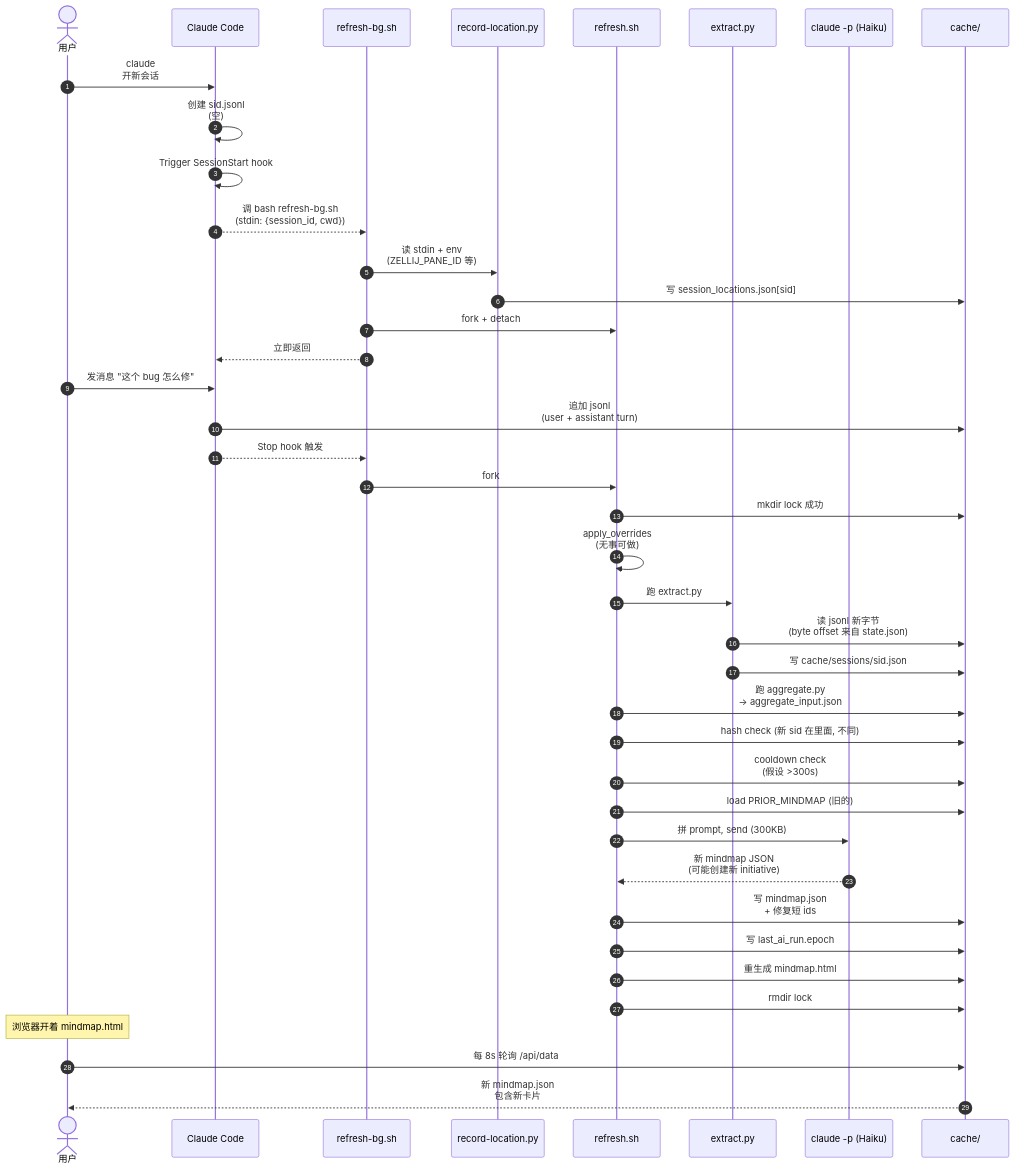
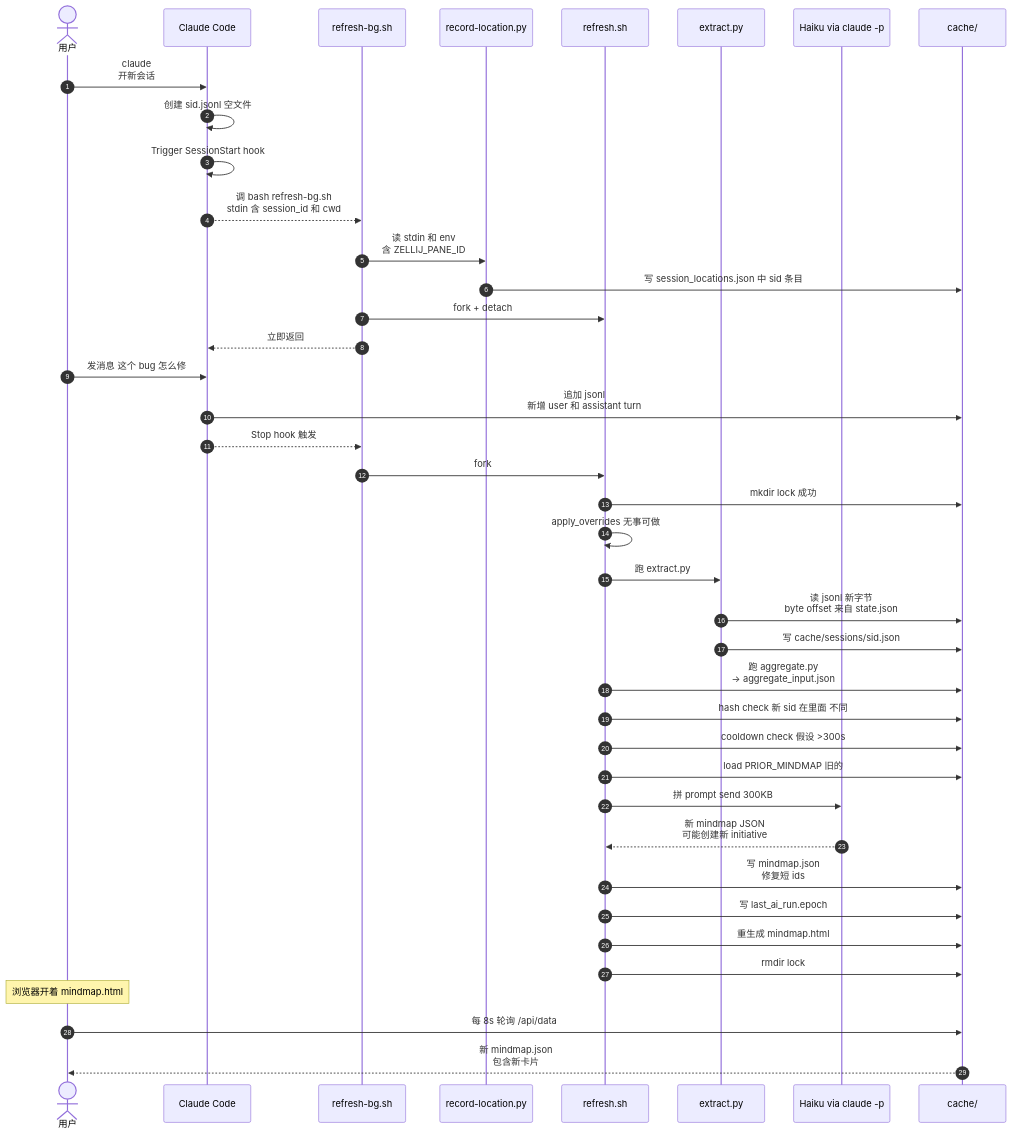
Before and after one commit to Icesource/claude-code-worktree: the sixth of 11 diagrams in docs/zh-CN/ARCHITECTURE.md, drawn with Mermaid. The commit also changed other lines of this file and 1 other file, not shown here.

First line of the commit message:
Fix Mermaid syntax errors in ARCHITECTURE diagrams

````diff
--- a/docs/zh-CN/ARCHITECTURE.md
+++ b/docs/zh-CN/ARCHITECTURE.md
@@ -510,45 +510,45 @@
 ```mermaid
 sequenceDiagram
     autonumber
     actor U as 用户
     participant CC as Claude Code
     participant H as refresh-bg.sh
     participant L as record-location.py
     participant R as refresh.sh
     participant E as extract.py
-    participant AI as claude -p (Haiku)
+    participant AI as Haiku via claude -p
     participant FS as cache/
 
     U->>CC: claude<br/>开新会话
-    CC->>CC: 创建 sid.jsonl<br/>(空)
+    CC->>CC: 创建 sid.jsonl 空文件
     CC->>CC: Trigger SessionStart hook
-    CC-->>H: 调 bash refresh-bg.sh<br/>(stdin: {session_id, cwd})
-    H->>L: 读 stdin + env<br/>(ZELLIJ_PANE_ID 等)
-    L->>FS: 写 session_locations.json[sid]
+    CC-->>H: 调 bash refresh-bg.sh<br/>stdin 含 session_id 和 cwd
+    H->>L: 读 stdin 和 env<br/>含 ZELLIJ_PANE_ID
+    L->>FS: 写 session_locations.json 中 sid 条目
     H->>R: fork + detach
     H-->>CC: 立即返回
 
-    U->>CC: 发消息 "这个 bug 怎么修"
-    CC->>FS: 追加 jsonl<br/>(user + assistant turn)
+    U->>CC: 发消息 这个 bug 怎么修
+    CC->>FS: 追加 jsonl<br/>新增 user 和 assistant turn
     CC-->>H: Stop hook 触发
     H->>R: fork
     R->>FS: mkdir lock 成功
-    R->>R: apply_overrides<br/>(无事可做)
+    R->>R: apply_overrides 无事可做
     R->>E: 跑 extract.py
-    E->>FS: 读 jsonl 新字节<br/>(byte offset 来自 state.json)
+    E->>FS: 读 jsonl 新字节<br/>byte offset 来自 state.json
     E->>FS: 写 cache/sessions/sid.json
     R->>FS: 跑 aggregate.py<br/>→ aggregate_input.json
-    R->>FS: hash check (新 sid 在里面, 不同)
-    R->>FS: cooldown check<br/>(假设 >300s)
-    R->>FS: load PRIOR_MINDMAP (旧的)
-    R->>AI: 拼 prompt, send (300KB)
-    AI-->>R: 新 mindmap JSON<br/>(可能创建新 initiative)
-    R->>FS: 写 mindmap.json<br/>+ 修复短 ids
+    R->>FS: hash check 新 sid 在里面 不同
+    R->>FS: cooldown check 假设 >300s
+    R->>FS: load PRIOR_MINDMAP 旧的
+    R->>AI: 拼 prompt send 300KB
+    AI-->>R: 新 mindmap JSON<br/>可能创建新 initiative
+    R->>FS: 写 mindmap.json<br/>修复短 ids
     R->>FS: 写 last_ai_run.epoch
     R->>FS: 重生成 mindmap.html
     R->>FS: rmdir lock
 
     Note over U: 浏览器开着 mindmap.html
     U->>FS: 每 8s 轮询 /api/data
     FS-->>U: 新 mindmap.json<br/>包含新卡片
 ```
````
